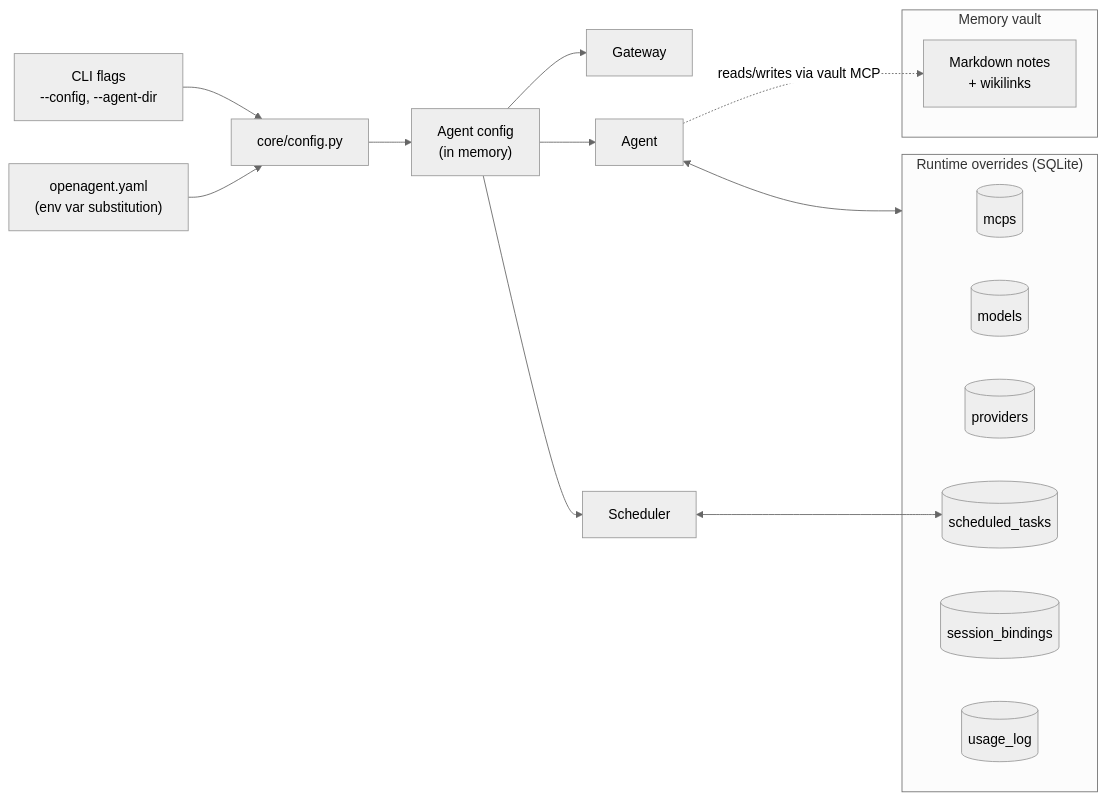
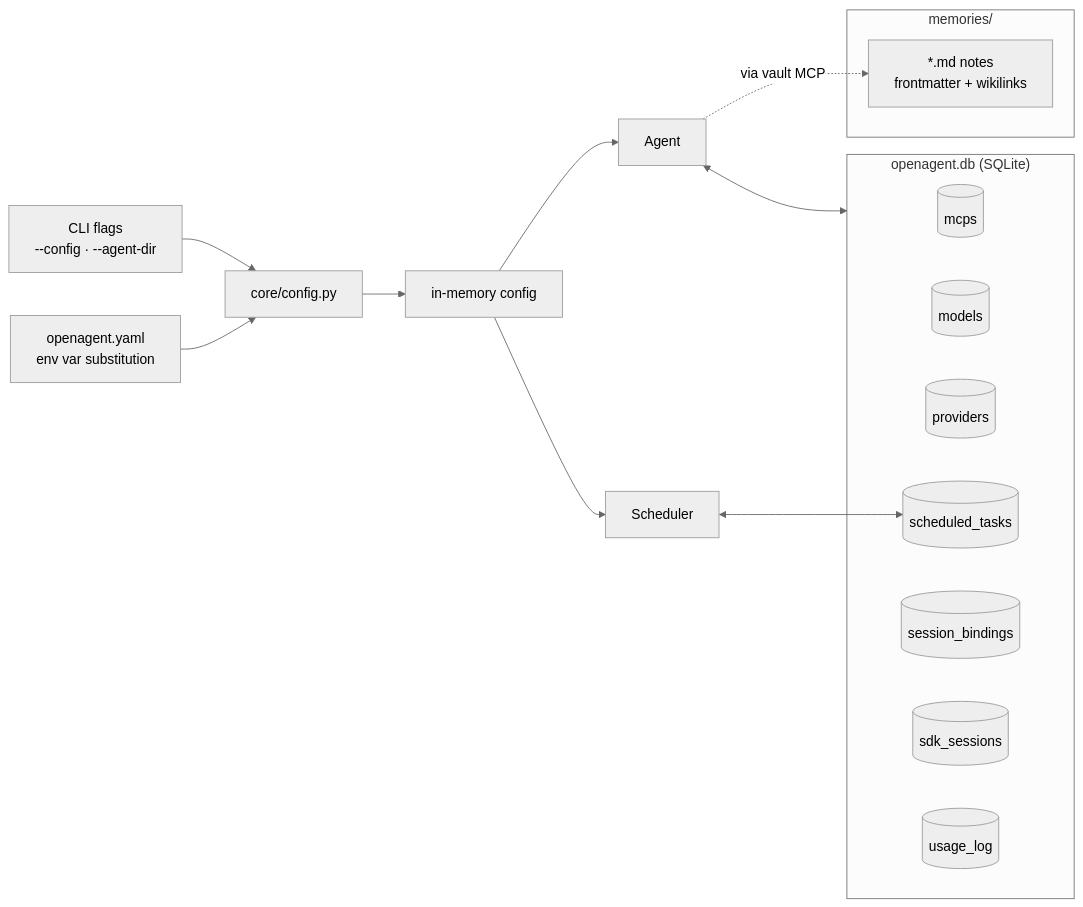
The eighth of 8 diagrams in guide/architecture.md (openagent-uno/openagent-docs), drawn with Mermaid (neutral theme) before and after one commit. The commit also changed other lines of this file and 4 other files, not shown here.

First line of the commit message:
docs: split Gateway page out of architecture, expand architecture

````diff
--- a/guide/architecture.md
+++ b/guide/architecture.md
@@ -135,28 +326,28 @@
 ```mermaid
 flowchart LR
-    Flags["CLI flags<br/>--config, --agent-dir"] --> Loader
-    YAML["openagent.yaml<br/>(env var substitution)"] --> Loader
-    Loader["core/config.py"] --> AgentCfg["Agent config<br/>(in memory)"]
+    Flags["CLI flags<br/>--config · --agent-dir"] --> Loader
+    YAML["openagent.yaml<br/>env var substitution"] --> Loader
+    Loader["core/config.py"] --> Cfg["in-memory config"]
 
-    AgentCfg --> Gateway
-    AgentCfg --> Agent
-    AgentCfg --> Scheduler
+    Cfg --> Agent
+    Cfg --> Sched[Scheduler]
 
-    subgraph Runtime["Runtime overrides (SQLite)"]
-        MCPs[("mcps")]
-        Models[("models")]
-        Providers[("providers")]
-        Tasks[("scheduled_tasks")]
-        Bindings[("session_bindings")]
-        Usage[("usage_log")]
+    subgraph Runtime["openagent.db (SQLite)"]
+        T1[(mcps)]
+        T2[(models)]
+        T3[(providers)]
+        T4[(scheduled_tasks)]
+        T5[(session_bindings)]
+        T6[(sdk_sessions)]
+        T7[(usage_log)]
     end
 
     Agent <--> Runtime
-    Scheduler <--> Tasks
+    Sched <--> T4
 
-    subgraph Vault["Memory vault"]
-        MD["Markdown notes<br/>+ wikilinks"]
+    subgraph Vault["memories/"]
+        MD["*.md notes<br/>frontmatter + wikilinks"]
     end
 
-    Agent -. reads/writes via vault MCP .-> MD
+    Agent -. via vault MCP .-> MD
 ```
````
